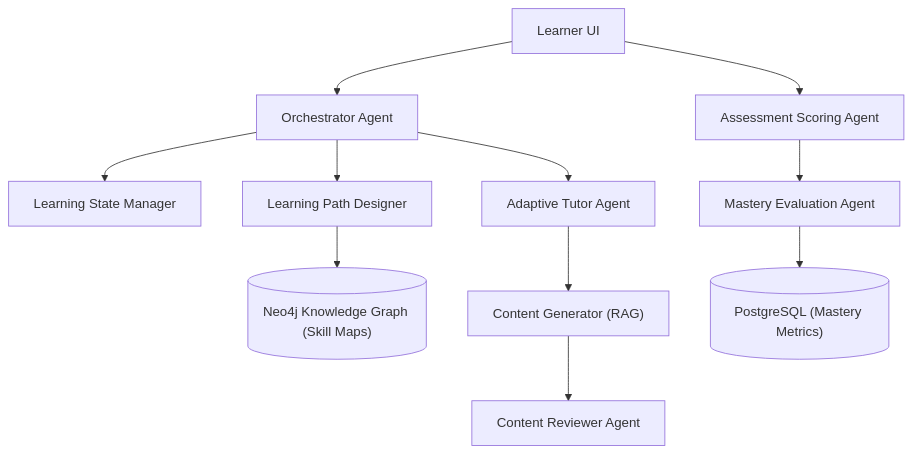
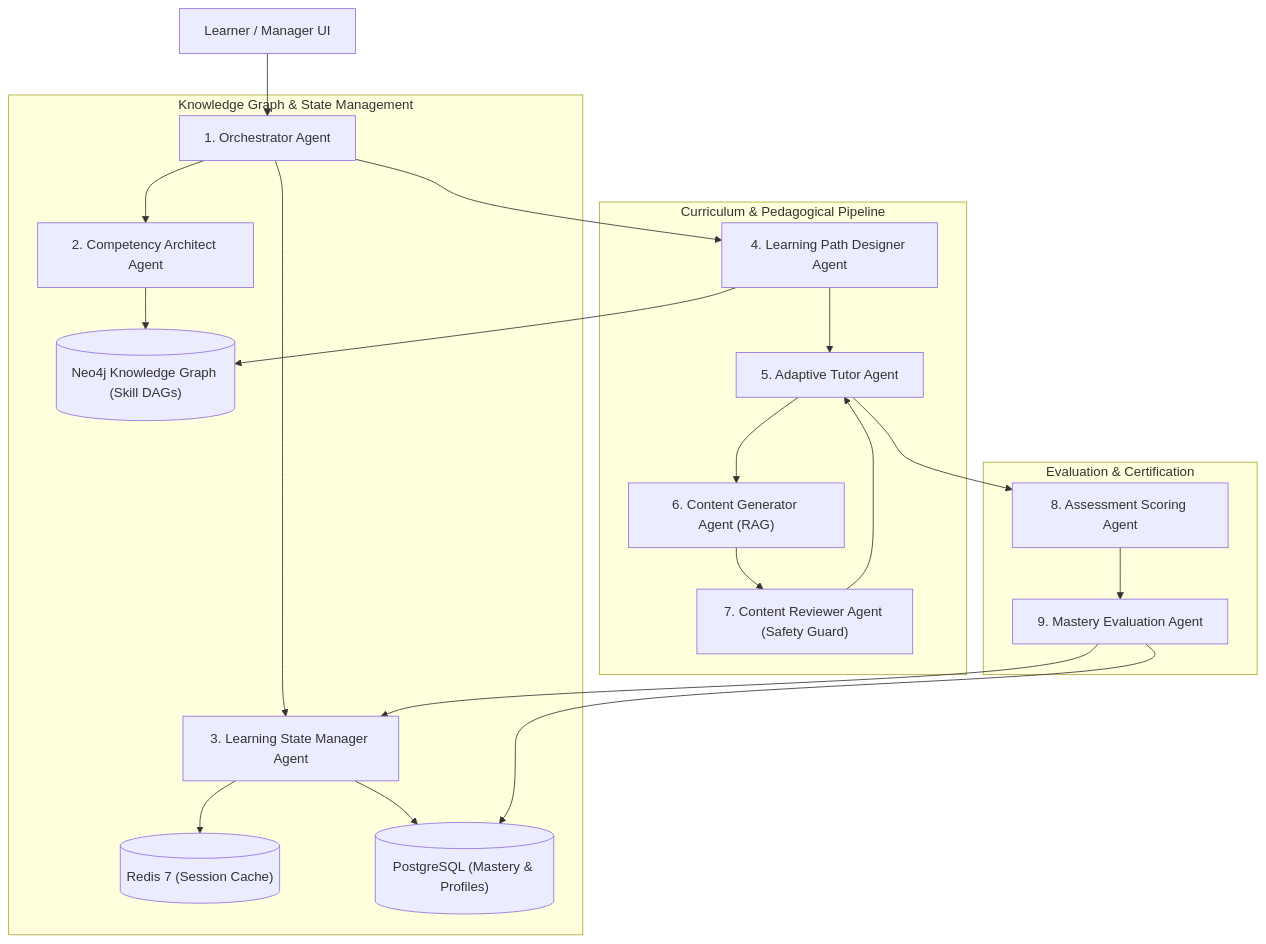
The diagram in README.md (Vignesh-Manivasakam/Competency), drawn with Mermaid before and after one commit. The commit also changed other lines of this file, not shown here.

Commit message:
docs: modernize README with 9-agent architecture, Docker quickstart, and full platform guide

````diff
--- a/README.md
+++ b/README.md
@@ -24,15 +37,28 @@
 ```mermaid
 graph TD
-    User["Learner UI"] --> Orchestrator["Orchestrator Agent"]
-    Orchestrator --> StateMgr["Learning State Manager"]
-    Orchestrator --> PathDesigner["Learning Path Designer"]
-    Orchestrator --> Tutor["Adaptive Tutor Agent"]
+    User["Learner / Manager UI"] --> Orch["1. Orchestrator Agent"]
     
-    PathDesigner --> Neo4j[("Neo4j Knowledge Graph (Skill Maps)")]
-    Tutor --> ContentGen["Content Generator (RAG)"]
-    ContentGen --> Reviewer["Content Reviewer Agent"]
+    subgraph "Knowledge Graph & State Management"
+        Orch --> CompArch["2. Competency Architect Agent"]
+        CompArch --> Neo4j[("Neo4j Knowledge Graph (Skill DAGs)")]
+        Orch --> StateMgr["3. Learning State Manager Agent"]
+        StateMgr --> Redis[("Redis 7 (Session Cache)")]
+        StateMgr --> Postgres[("PostgreSQL (Mastery & Profiles)")]
+    end
     
-    User --> Assessment["Assessment Scoring Agent"]
-    Assessment --> Evaluator["Mastery Evaluation Agent"]
-    Evaluator --> Postgres[("PostgreSQL (Mastery Metrics)")]
+    subgraph "Curriculum & Pedagogical Pipeline"
+        Orch --> PathDes["4. Learning Path Designer Agent"]
+        PathDes --> Neo4j
+        PathDes --> Tutor["5. Adaptive Tutor Agent"]
+        Tutor --> ContentGen["6. Content Generator Agent (RAG)"]
+        ContentGen --> Reviewer["7. Content Reviewer Agent (Safety Guard)"]
+        Reviewer --> Tutor
+    end
+    
+    subgraph "Evaluation & Certification"
+        Tutor --> Assessment["8. Assessment Scoring Agent"]
+        Assessment --> MasteryEval["9. Mastery Evaluation Agent"]
+        MasteryEval --> Postgres
+        MasteryEval --> StateMgr
+    end
 ```
````
